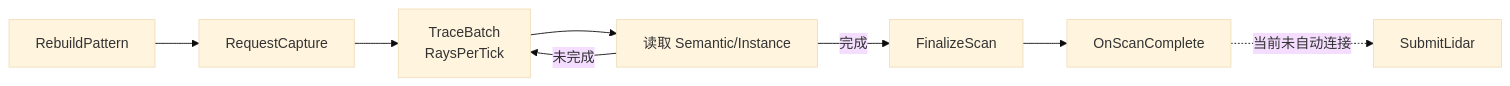
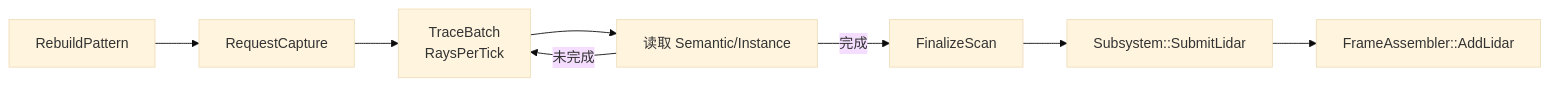
Before and after one commit to IceGodles/SensorSimulation: the sixth of 9 diagrams in Plugins/SensorSimulation/Docs/CurrentArchitecture.md, drawn with Mermaid (base theme). The commit also changed other lines of this file and 71 other files, not shown here.

````diff
--- a/Plugins/SensorSimulation/Docs/CurrentArchitecture.md
+++ b/Plugins/SensorSimulation/Docs/CurrentArchitecture.md
@@ -428,15 +633,14 @@
 ```mermaid
 flowchart LR
     Pattern["RebuildPattern"]
     Request["RequestCapture"]
     Batch["TraceBatch<br/>RaysPerTick"]
     Label["读取 Semantic/Instance"]
     Final["FinalizeScan"]
-    Delegate["OnScanComplete"]
-    Submit["SubmitLidar"]
+    Submit["Subsystem::SubmitLidar"]
+    Assemble["FrameAssembler::AddLidar"]
 
     Pattern --> Request --> Batch --> Label
     Label -->|未完成| Batch
-    Label -->|完成| Final --> Delegate
-    Delegate -.当前未自动连接.-> Submit
+    Label -->|完成| Final --> Submit --> Assemble
 ```
````
